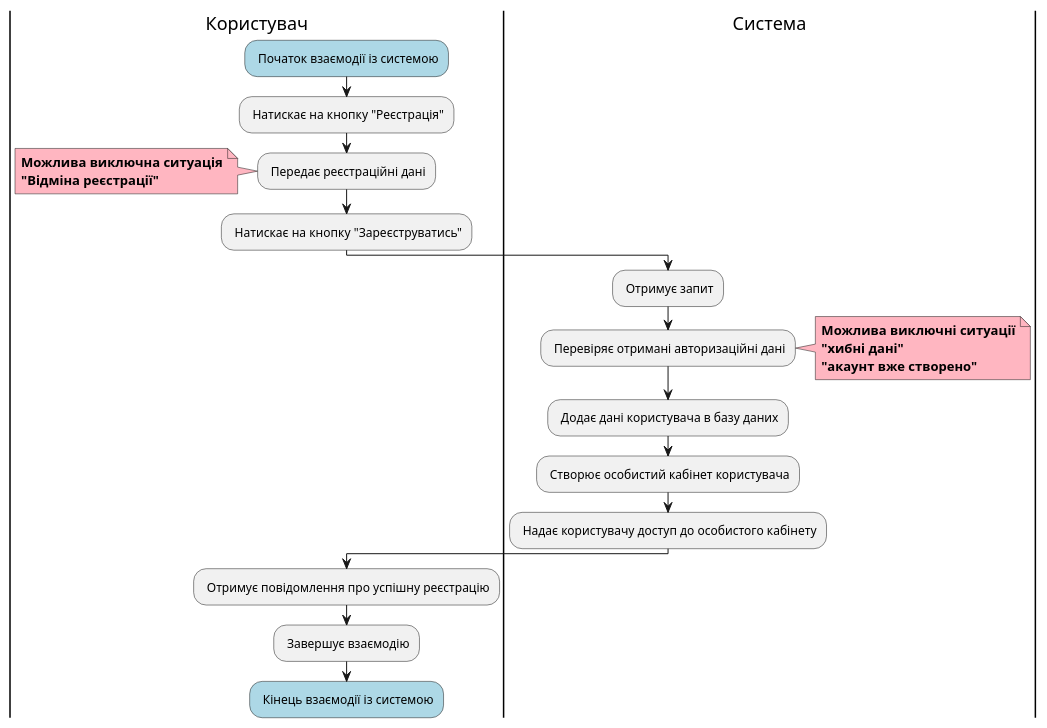
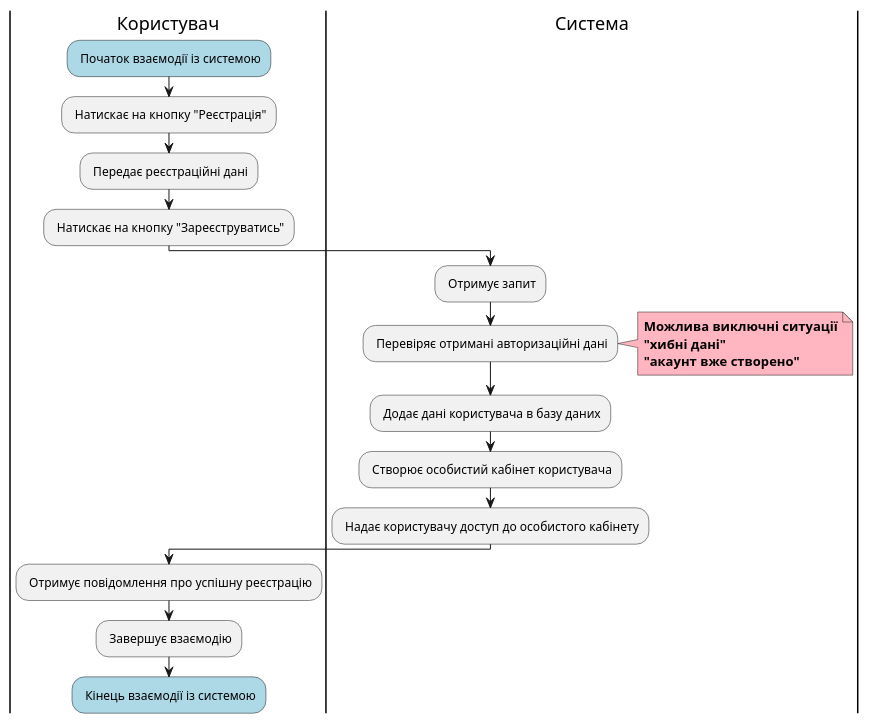
One commit to kujo205/db_labs changed the fifth of 12 diagrams in docs/use cases/README.md. Above: the diagram before and after it, drawn with PlantUML. The commit also changed other lines of this file, not shown here.

```diff
--- a/docs/use cases/README.md
+++ b/docs/use cases/README.md
@@ -165,32 +163,26 @@
 @startuml
 
   |Користувач|
   #lightblue : Початок взаємодії із системою; 
   : Натискає на кнопку "Реєстрація";
   : Передає реєстраційні дані;
-
-  note left #lightpink
-    <b>Можлива виключна ситуація</b>
-    <b>"Відміна реєстрації"</b>
-  end note
-
   : Натискає на кнопку "Зареєструватись";
 
   |Система|
   : Отримує запит;
   : Перевіряє отримані авторизаційні дані;
     note right #lightpink
       <b>Можлива виключні ситуації</b>
       <b>"хибні дані"</b>
       <b>"акаунт вже створено"</b>
     end note
   : Додає дані користувача в базу даних;
   : Створює особистий кабінет користувача;
   : Надає користувачу доступ до особистого кабінету;
 
   |Користувач|
   : Отримує повідомлення про успішну реєстрацію;
   : Завершує взаємодію;
   #lightblue : Кінець взаємодії із системою;
 
 @enduml
```
